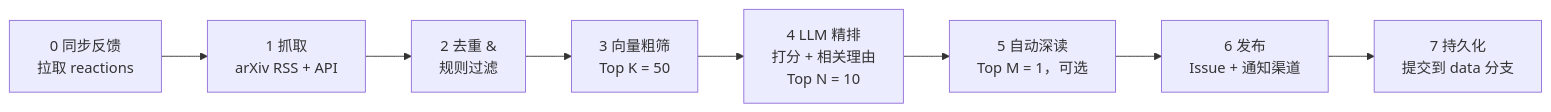
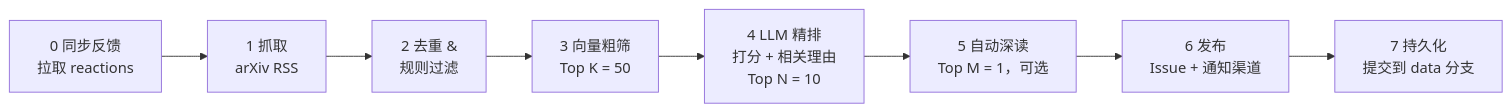
Before and after one commit to Chengnacheng/Paper-gleaner: the second of 3 diagrams in docs/architecture.md, drawn with Mermaid. The commit also changed other lines of this file and 26 other files, not shown here.

````diff
--- a/docs/architecture.md
+++ b/docs/architecture.md
@@ -130,10 +130,10 @@
 ```mermaid
 flowchart LR
-  A["0 同步反馈<br/>拉取 reactions"] --> B["1 抓取<br/>arXiv RSS + API"]
+  A["0 同步反馈<br/>拉取 reactions"] --> B["1 抓取<br/>arXiv RSS"]
   B --> C["2 去重 &<br/>规则过滤"]
   C --> D["3 向量粗筛<br/>Top K = 50"]
   D --> E["4 LLM 精排<br/>打分 + 相关理由<br/>Top N = 10"]
   E --> F["5 自动深读<br/>Top M = 1，可选"]
   F --> G["6 发布<br/>Issue + 通知渠道"]
   G --> H["7 持久化<br/>提交到 data 分支"]
 ```
````
